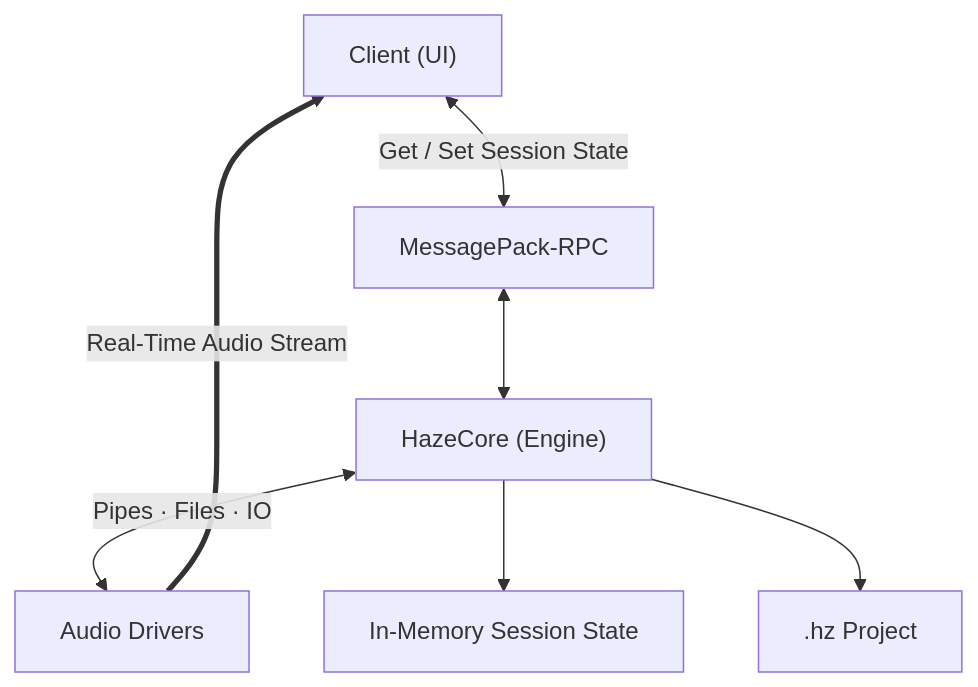
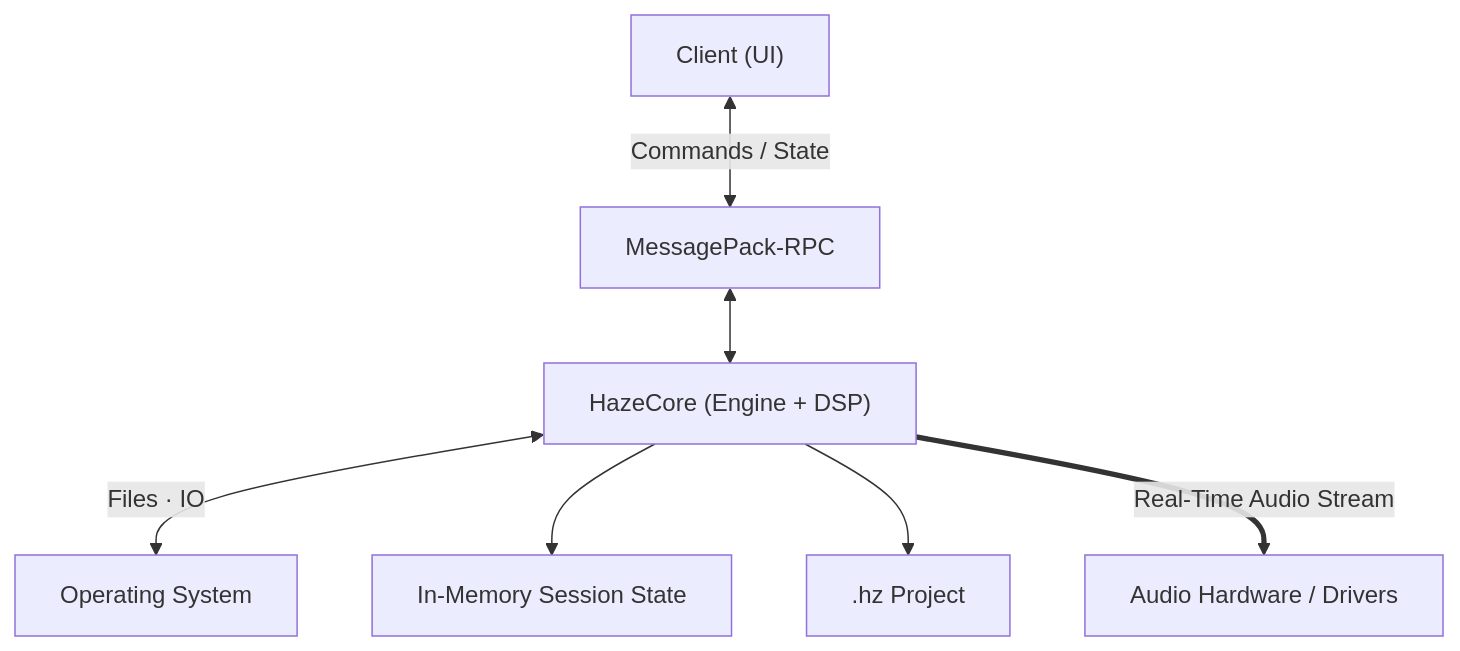
Before and after one commit to KiamMota/haze: the diagram in README.md, drawn with Mermaid.

Commit message:
Revise architecture diagram and terminology in README
Updated the architecture diagram and improved terminology in the README.

````diff
--- a/README.md
+++ b/README.md
@@ -13,22 +13,18 @@
 ``` mermaid
-graph TD;
+graph TD
     Client["Client (UI)"]
     RPC["MessagePack-RPC"]
-    Core["HazeCore (Engine)"]
-    OS["Audio Drivers<br/>"]
+    Core["HazeCore (Engine + DSP)"]
+    AudioHW["Audio Hardware / Drivers"]
 
-    Client <-->|Get / Set Session State| RPC;
-    RPC <--> Core;
+    Client <-->|Commands / State| RPC
+    RPC <--> Core
 
-    Core <-->|Pipes · Files · IO| OS;
+    Core <-->|Files · IO| OS["Operating System"]
+    Core --> Project["In-Memory Session State"]
+    Core --> File[".hz Project"]
 
-    Core --> Project["In-Memory Session State"];
-    Core --> File[".hz Project"];
-
-    OS ===>|Real-Time Audio Stream| Client;
-
-    classDef highlight fill:#f9f,stroke:#333,stroke-width:2px;
-    classDef audio stroke:#333,stroke-width:3px;
+    Core ==>|Real-Time Audio Stream| AudioHW
 
 
 ```
````
